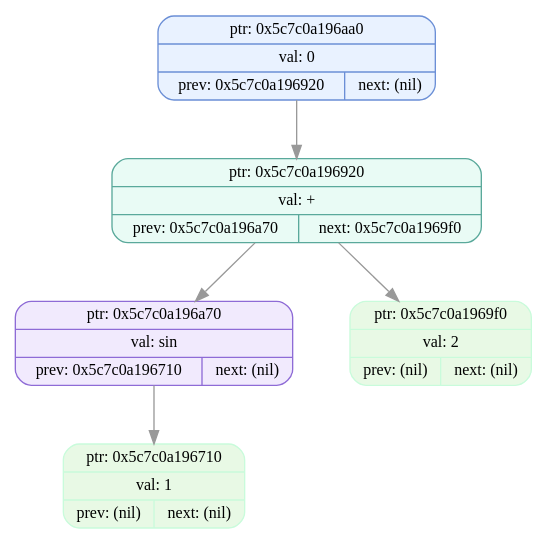
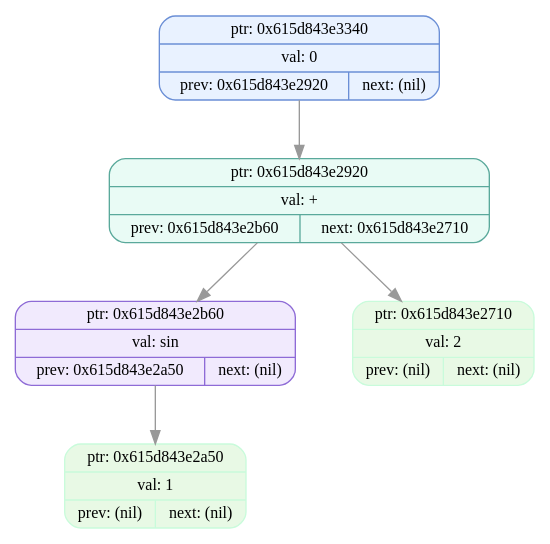
The diagram in dumps/tree_dump_007.dot (EvilTomato9890/Difference), drawn with Graphviz before and after one commit. The commit also changed 29 other files, not shown here.

```diff
--- a/dumps/tree_dump_007.dot
+++ b/dumps/tree_dump_007.dot
@@ -1,13 +1,13 @@
 digraph T{
   node [fontname="Fira Mono",shape=record,style="filled,rounded",fontsize=12];
   graph [splines=true, nodesep=0.6, ranksep=0.6];
-  node_0x5c7c0a196aa0[shape=record,label="{ {ptr: 0x5c7c0a196aa0} | {val: 0} | { prev: 0x5c7c0a196920 | next: (nil) } }",color="#6b8fd6",fillcolor="#e9f2ff"];
-  node_0x5c7c0a196920[shape=record,label="{ {ptr: 0x5c7c0a196920} | {val: +} | { prev: 0x5c7c0a196a70 | next: 0x5c7c0a1969f0 } }",color="#5aa99b",fillcolor="#e9fbf5"];
-  node_0x5c7c0a196a70[shape=record,label="{ {ptr: 0x5c7c0a196a70} | {val: sin} | { prev: 0x5c7c0a196710 | next: (nil) } }",color="#8e6bd6",fillcolor="#f1eafd"];
-  node_0x5c7c0a196710[shape=record,label="{ {ptr: 0x5c7c0a196710} | {val: 1} | { prev: (nil) | next: (nil) } }",color="#c9fbdbff",fillcolor="#e8f9e5ff"];
-  node_0x5c7c0a1969f0[shape=record,label="{ {ptr: 0x5c7c0a1969f0} | {val: 2} | { prev: (nil) | next: (nil) } }",color="#c9fbdbff",fillcolor="#e8f9e5ff"];
-  node_0x5c7c0a196aa0 -> node_0x5c7c0a196920 [color="#999999"];
-  node_0x5c7c0a196920 -> node_0x5c7c0a196a70 [color="#999999"];
-  node_0x5c7c0a196920 -> node_0x5c7c0a1969f0 [color="#999999"];
-  node_0x5c7c0a196a70 -> node_0x5c7c0a196710 [color="#999999"];
+  node_0x615d843e3340[shape=record,label="{ {ptr: 0x615d843e3340} | {val: 0} | { prev: 0x615d843e2920 | next: (nil) } }",color="#6b8fd6",fillcolor="#e9f2ff"];
+  node_0x615d843e2920[shape=record,label="{ {ptr: 0x615d843e2920} | {val: +} | { prev: 0x615d843e2b60 | next: 0x615d843e2710 } }",color="#5aa99b",fillcolor="#e9fbf5"];
+  node_0x615d843e2b60[shape=record,label="{ {ptr: 0x615d843e2b60} | {val: sin} | { prev: 0x615d843e2a50 | next: (nil) } }",color="#8e6bd6",fillcolor="#f1eafd"];
+  node_0x615d843e2a50[shape=record,label="{ {ptr: 0x615d843e2a50} | {val: 1} | { prev: (nil) | next: (nil) } }",color="#c9fbdbff",fillcolor="#e8f9e5ff"];
+  node_0x615d843e2710[shape=record,label="{ {ptr: 0x615d843e2710} | {val: 2} | { prev: (nil) | next: (nil) } }",color="#c9fbdbff",fillcolor="#e8f9e5ff"];
+  node_0x615d843e3340 -> node_0x615d843e2920 [color="#999999"];
+  node_0x615d843e2920 -> node_0x615d843e2b60 [color="#999999"];
+  node_0x615d843e2920 -> node_0x615d843e2710 [color="#999999"];
+  node_0x615d843e2b60 -> node_0x615d843e2a50 [color="#999999"];
 }
```
